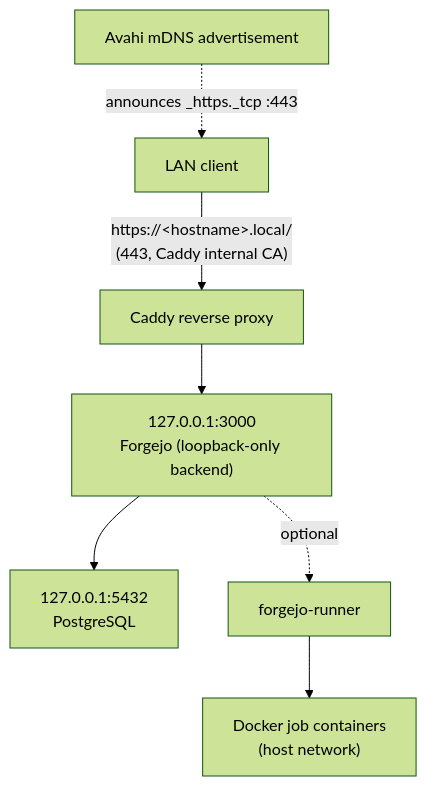
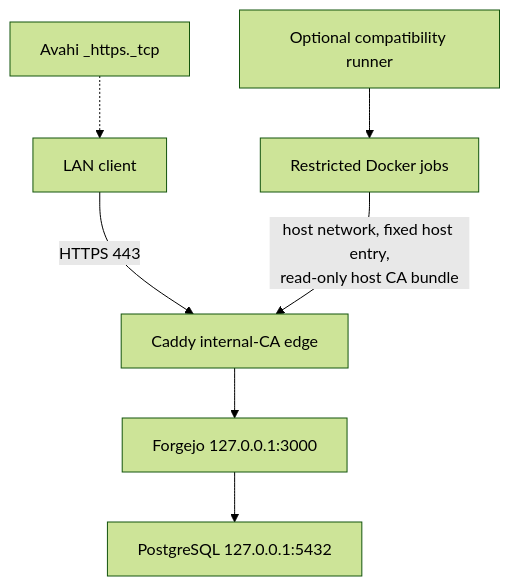
One commit to japer-technology/ubuntu-zombie changed the diagram in docs/FORGEJO.md. Above: the diagram before and after it, drawn with Mermaid (forest theme). The commit also changed other lines of this file and 57 other files, not shown here.

Commit message:
Update Forgejo dry-run compatibility checks

````diff
--- a/docs/FORGEJO.md
+++ b/docs/FORGEJO.md
@@ -16,9 +29,9 @@
 ```mermaid
 flowchart TD
-    client["LAN client"] -->|"https://&lt;hostname&gt;.local/<br/>(443, Caddy internal CA)"| caddy["Caddy reverse proxy"]
-    avahi["Avahi mDNS advertisement"] -.->|"announces _https._tcp :443"| client
-    caddy --> forgejo["127.0.0.1:3000<br/>Forgejo (loopback-only backend)"]
-    forgejo --> postgres["127.0.0.1:5432<br/>PostgreSQL"]
-    forgejo -.->|"optional"| runner["forgejo-runner"]
-    runner --> docker["Docker job containers<br/>(host network)"]
+    client["LAN client"] -->|"HTTPS 443"| caddy["Caddy internal-CA edge"]
+    avahi["Avahi _https._tcp"] -.-> client
+    caddy --> forgejo["Forgejo 127.0.0.1:3000"]
+    forgejo --> postgres["PostgreSQL 127.0.0.1:5432"]
+    runner["Optional compatibility runner"] --> docker["Restricted Docker jobs"]
+    docker -->|"host network, fixed host entry,<br/>read-only host CA bundle"| caddy
 ```
````
